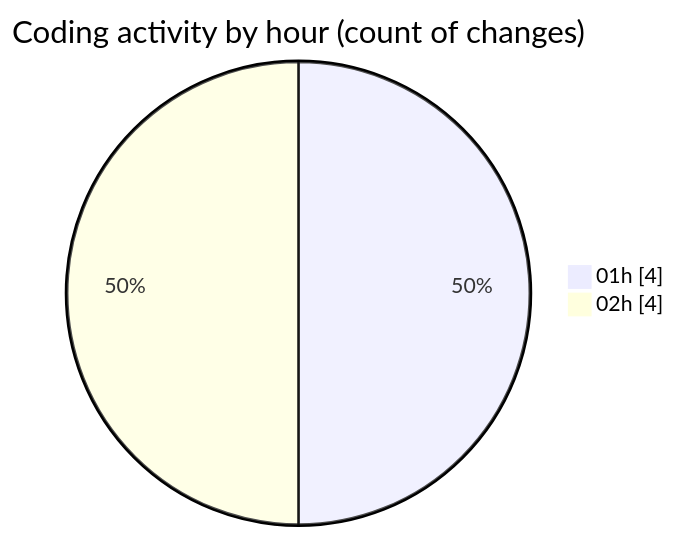
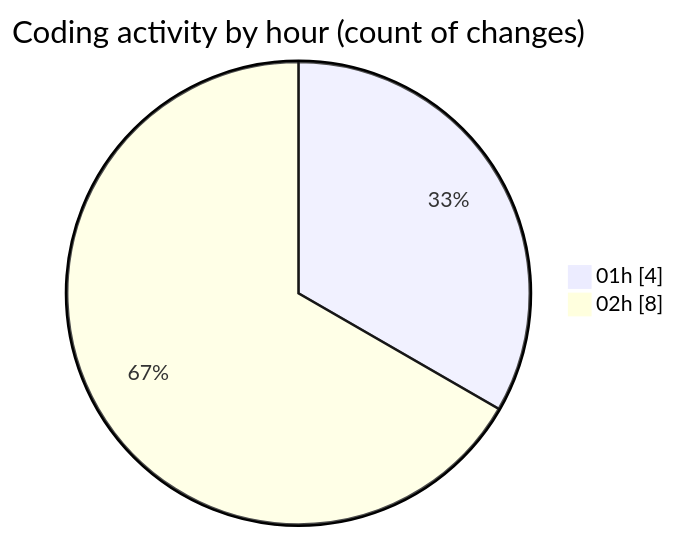
One commit to donsfak/code-tracking changed the second of 2 diagrams in 2025-01-27/maps_clone/README.md. Above: the diagram before and after it, drawn with Mermaid. The commit also changed other lines of this file and 1 other file, not shown here.

````diff
--- a/2025-01-27/maps_clone/README.md
+++ b/2025-01-27/maps_clone/README.md
@@ -32,6 +34,6 @@
 ```mermaid
 pie showData
 title Coding activity by hour (count of changes)
 "01h" : 4
-"02h" : 4
+"02h" : 8
 ```
````
